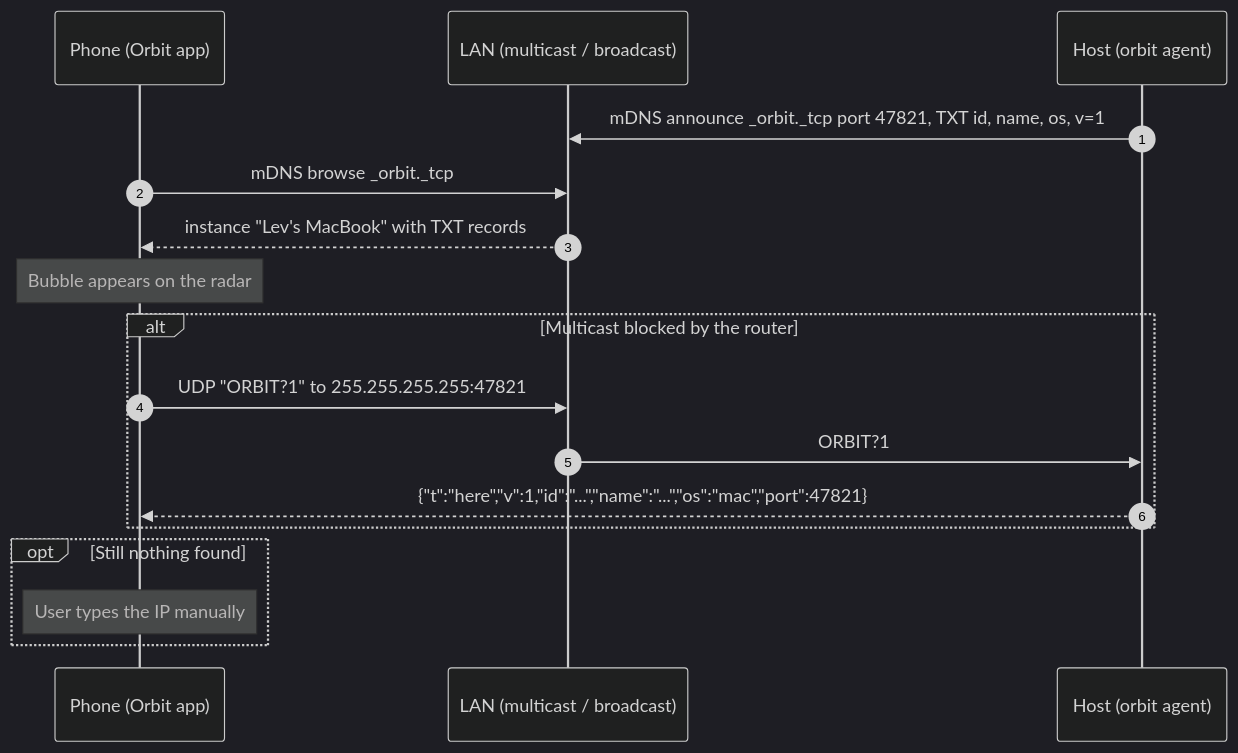
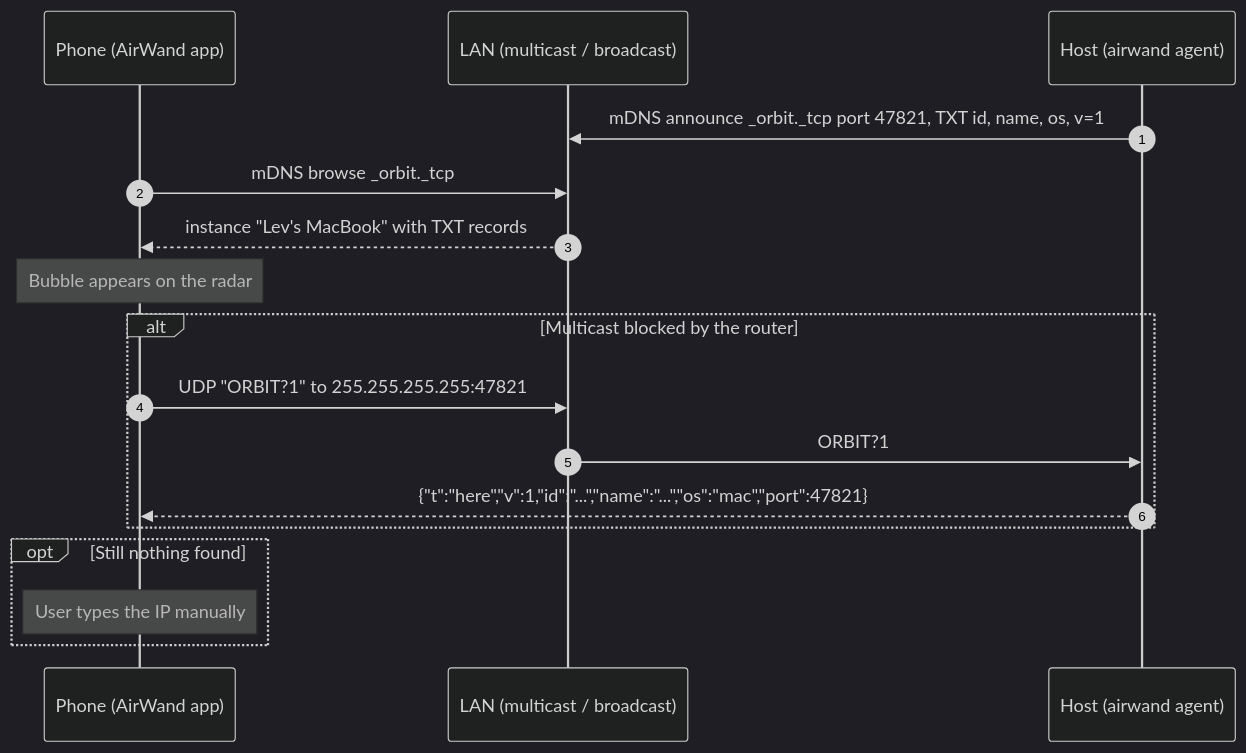
Before and after one commit to 0xCodez/AirWand: the fourth of 6 diagrams in docs/ARCHITECTURE.md, drawn with Mermaid (dark theme). The commit also changed other lines of this file and 89 other files, not shown here.

First line of the commit message:
Rename Orbit to AirWand; add Prism wand logo and app icons

````diff
--- a/docs/ARCHITECTURE.md
+++ b/docs/ARCHITECTURE.md
@@ -109,22 +109,22 @@
 ```mermaid
 sequenceDiagram
     autonumber
-    participant P as Phone (Orbit app)
+    participant P as Phone (AirWand app)
     participant N as LAN (multicast / broadcast)
-    participant H as Host (orbit agent)
+    participant H as Host (airwand agent)
 
     H->>N: mDNS announce _orbit._tcp port 47821, TXT id, name, os, v=1
     P->>N: mDNS browse _orbit._tcp
     N-->>P: instance "Lev's MacBook" with TXT records
     Note over P: Bubble appears on the radar
 
     alt Multicast blocked by the router
         P->>N: UDP "ORBIT?1" to 255.255.255.255:47821
         N->>H: ORBIT?1
         H-->>P: {"t":"here","v":1,"id":"...","name":"...","os":"mac","port":47821}
     end
 
     opt Still nothing found
         Note over P: User types the IP manually
     end
 ```
````
